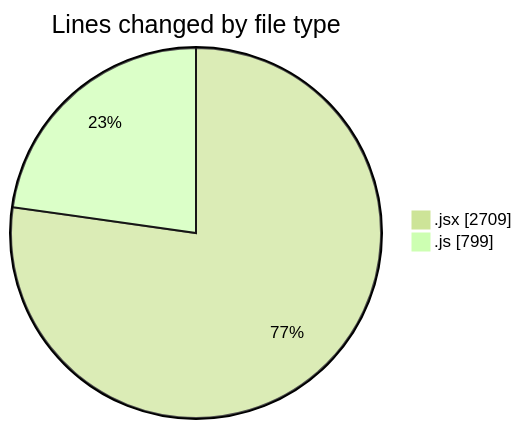
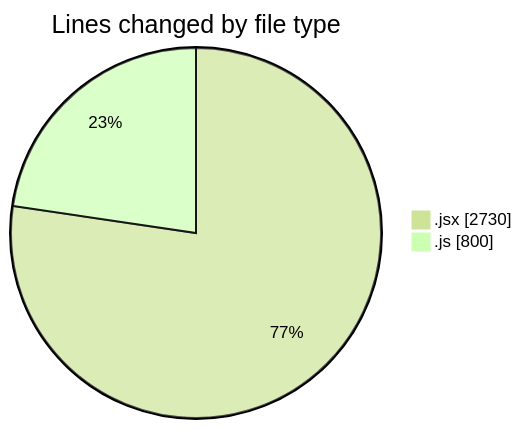
The first of 2 diagrams in 2025-07-14/argos/README.md (nxtqubesakshisongat/code-tracking), drawn with Mermaid (forest theme) before and after one commit. The commit also changed other lines of this file and 1 other file, not shown here.

````diff
--- a/2025-07-14/argos/README.md
+++ b/2025-07-14/argos/README.md
@@ -26,6 +26,6 @@
 ```mermaid
 pie showData
 title Lines changed by file type
-".jsx" : 2709
-".js" : 799
+".jsx" : 2730
+".js" : 800
 ```
````
